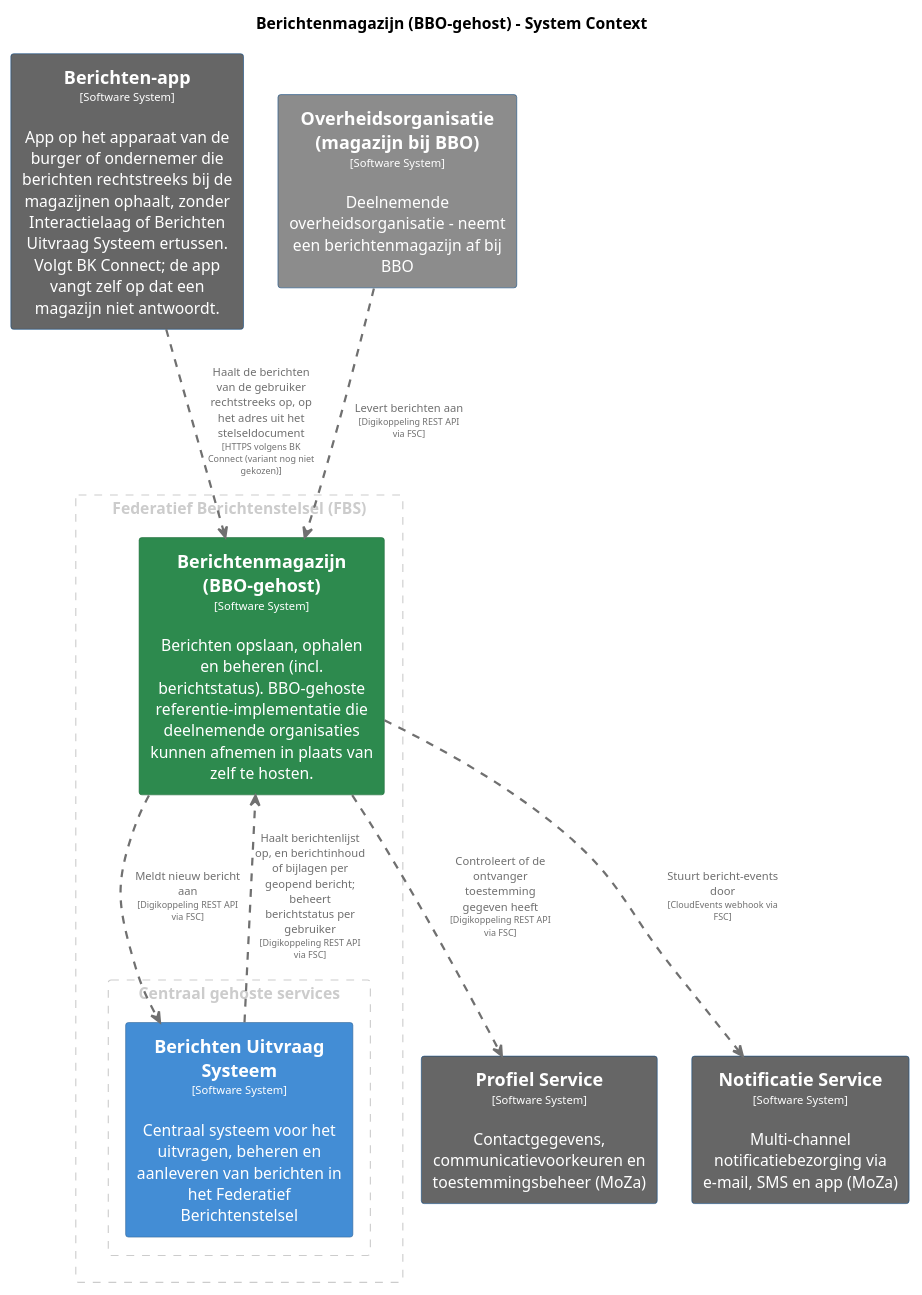
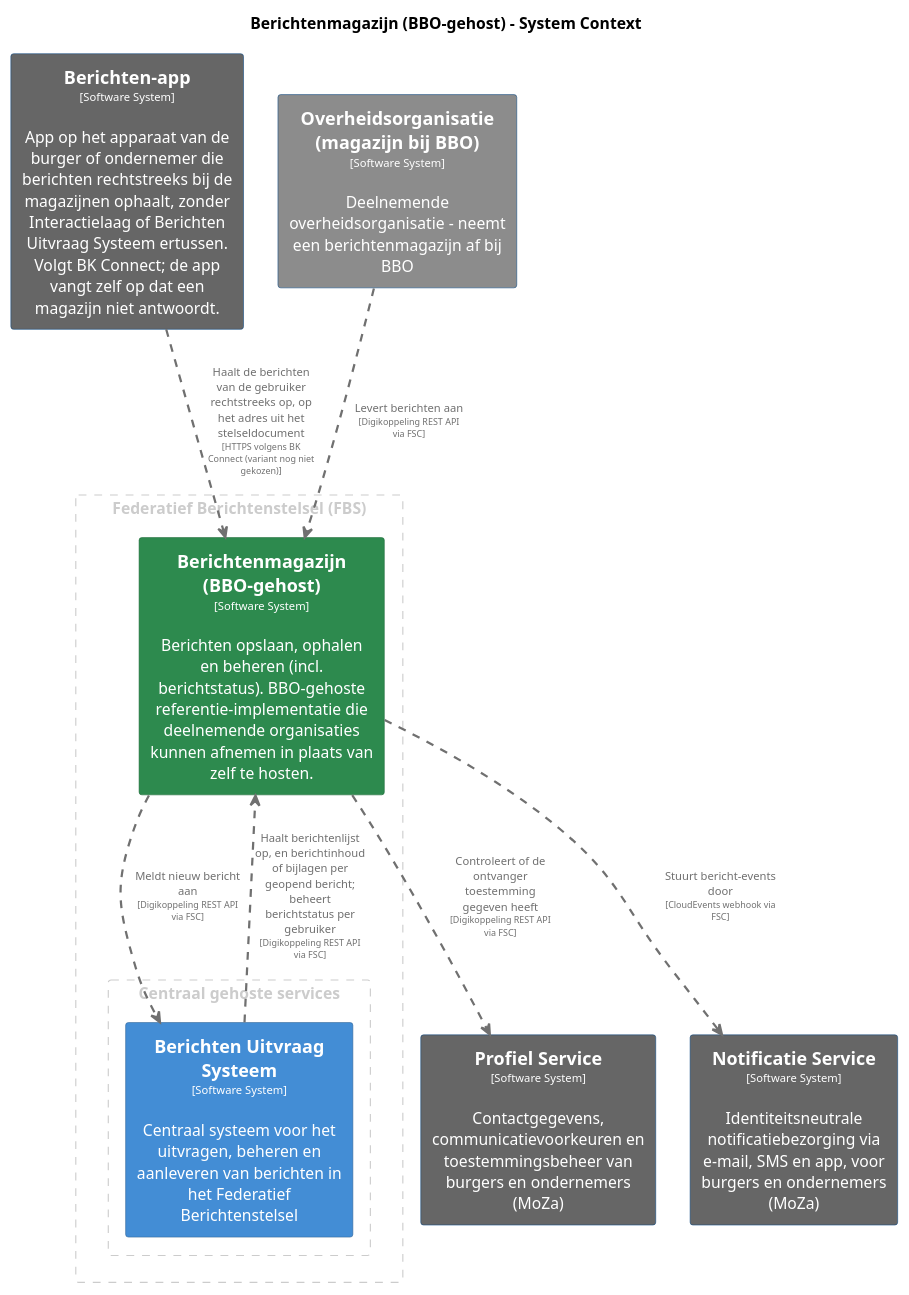
One commit to MinBZK/moza-poc-fbs-berichtenbox changed the diagram in pr-preview/pr-447/master/puml/Berichtenmagazijn.puml. Above: the diagram before and after it, drawn with PlantUML. The commit also changed 114 other files, not shown here.

```diff
--- a/pr-preview/pr-447/master/puml/Berichtenmagazijn.puml
+++ b/pr-preview/pr-447/master/puml/Berichtenmagazijn.puml
@@ -1,82 +1,82 @@
 @startuml
 set separator none
 title Berichtenmagazijn (BBO-gehost) - System Context
 
 top to bottom direction
 skinparam ranksep 60
 skinparam nodesep 30
 
 skinparam {
   arrowFontSize 10
   defaultTextAlignment center
   wrapWidth 200
   maxMessageSize 100
 }
 
 hide stereotype
 
 skinparam rectangle<<BerichtenUitvraagSysteem>> {
   BackgroundColor #438dd5
   FontColor #ffffff
   BorderColor #2e6295
   shadowing false
 }
 skinparam rectangle<<Berichtenapp>> {
   BackgroundColor #666666
   FontColor #ffffff
   BorderColor #0b4884
   shadowing false
 }
 skinparam rectangle<<BerichtenmagazijnBBOgehost>> {
   BackgroundColor #2d8a4e
   FontColor #ffffff
   BorderColor #1e6b38
   shadowing false
 }
 skinparam rectangle<<NotificatieService>> {
   BackgroundColor #666666
   FontColor #ffffff
   BorderColor #0b4884
   shadowing false
 }
 skinparam rectangle<<OverheidsorganisatiemagazijnbijBBO>> {
   BackgroundColor #8c8c8c
   FontColor #ffffff
   BorderColor #0b4884
   shadowing false
 }
 skinparam rectangle<<ProfielService>> {
   BackgroundColor #666666
   FontColor #ffffff
   BorderColor #0b4884
   shadowing false
 }
 
 rectangle "Federatief Berichtenstelsel (FBS)" <<group1>> as group1 {
   skinparam RectangleBorderColor<<group1>> #cccccc
   skinparam RectangleFontColor<<group1>> #cccccc
   skinparam RectangleBorderStyle<<group1>> dashed
 
   rectangle "==Berichtenmagazijn (BBO-gehost)\n<size:10>[Software System]</size>\n\nBerichten opslaan, ophalen en beheren (incl. berichtstatus). BBO-gehoste referentie-implementatie die deelnemende organisaties kunnen afnemen in plaats van zelf te hosten." <<BerichtenmagazijnBBOgehost>> as BerichtenmagazijnBBOgehost
     rectangle "Centraal gehoste services" <<group2>> as group2 {
       skinparam RectangleBorderColor<<group2>> #cccccc
       skinparam RectangleFontColor<<group2>> #cccccc
       skinparam RectangleBorderStyle<<group2>> dashed
 
       rectangle "==Berichten Uitvraag Systeem\n<size:10>[Software System]</size>\n\nCentraal systeem voor het uitvragen, beheren en aanleveren van berichten in het Federatief Berichtenstelsel" <<BerichtenUitvraagSysteem>> as BerichtenUitvraagSysteem
     }
 
 }
 
 rectangle "==Berichten-app\n<size:10>[Software System]</size>\n\nApp op het apparaat van de burger of ondernemer die berichten rechtstreeks bij de magazijnen ophaalt, zonder Interactielaag of Berichten Uitvraag Systeem ertussen. Volgt BK Connect; de app vangt zelf op dat een magazijn niet antwoordt." <<Berichtenapp>> as Berichtenapp
 rectangle "==Overheidsorganisatie (magazijn bij BBO)\n<size:10>[Software System]</size>\n\nDeelnemende overheidsorganisatie - neemt een berichtenmagazijn af bij BBO" <<OverheidsorganisatiemagazijnbijBBO>> as OverheidsorganisatiemagazijnbijBBO
-rectangle "==Profiel Service\n<size:10>[Software System]</size>\n\nContactgegevens, communicatievoorkeuren en toestemmingsbeheer (MoZa)" <<ProfielService>> as ProfielService
-rectangle "==Notificatie Service\n<size:10>[Software System]</size>\n\nMulti-channel notificatiebezorging via e-mail, SMS en app (MoZa)" <<NotificatieService>> as NotificatieService
+rectangle "==Profiel Service\n<size:10>[Software System]</size>\n\nContactgegevens, communicatievoorkeuren en toestemmingsbeheer van burgers en ondernemers (MoZa)" <<ProfielService>> as ProfielService
+rectangle "==Notificatie Service\n<size:10>[Software System]</size>\n\nIdentiteitsneutrale notificatiebezorging via e-mail, SMS en app, voor burgers en ondernemers (MoZa)" <<NotificatieService>> as NotificatieService
 
 Berichtenapp .[#707070,thickness=2].> BerichtenmagazijnBBOgehost : "<color:#707070>Haalt de berichten van de gebruiker rechtstreeks op, op het adres uit het stelseldocument\n<color:#707070><size:8>[HTTPS volgens BK Connect (variant nog niet gekozen)]</size>"
 BerichtenUitvraagSysteem .[#707070,thickness=2].> BerichtenmagazijnBBOgehost : "<color:#707070>Haalt berichtenlijst op, en berichtinhoud of bijlagen per geopend bericht; beheert berichtstatus per gebruiker\n<color:#707070><size:8>[Digikoppeling REST API via FSC]</size>"
 BerichtenmagazijnBBOgehost .[#707070,thickness=2].> BerichtenUitvraagSysteem : "<color:#707070>Meldt nieuw bericht aan\n<color:#707070><size:8>[Digikoppeling REST API via FSC]</size>"
 BerichtenmagazijnBBOgehost .[#707070,thickness=2].> NotificatieService : "<color:#707070>Stuurt bericht-events door\n<color:#707070><size:8>[CloudEvents webhook via FSC]</size>"
 OverheidsorganisatiemagazijnbijBBO .[#707070,thickness=2].> BerichtenmagazijnBBOgehost : "<color:#707070>Levert berichten aan\n<color:#707070><size:8>[Digikoppeling REST API via FSC]</size>"
 BerichtenmagazijnBBOgehost .[#707070,thickness=2].> ProfielService : "<color:#707070>Controleert of de ontvanger toestemming gegeven heeft\n<color:#707070><size:8>[Digikoppeling REST API via FSC]</size>"
 @enduml
```
